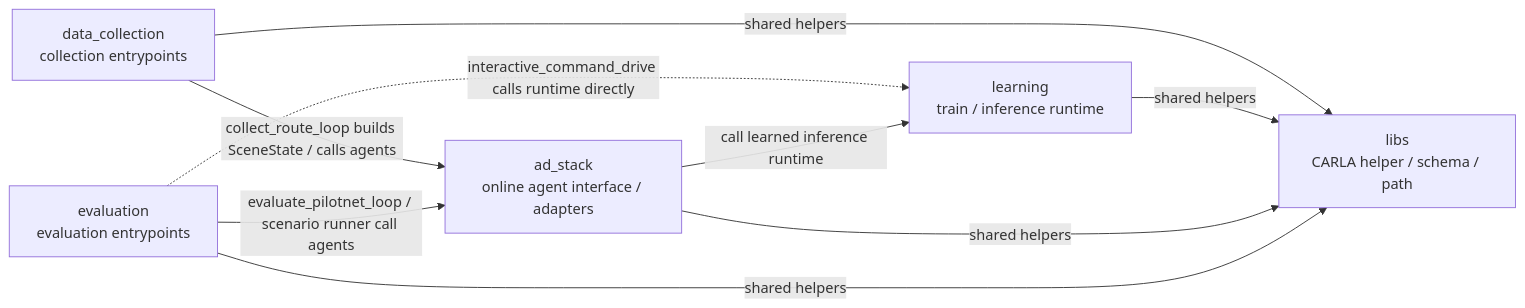
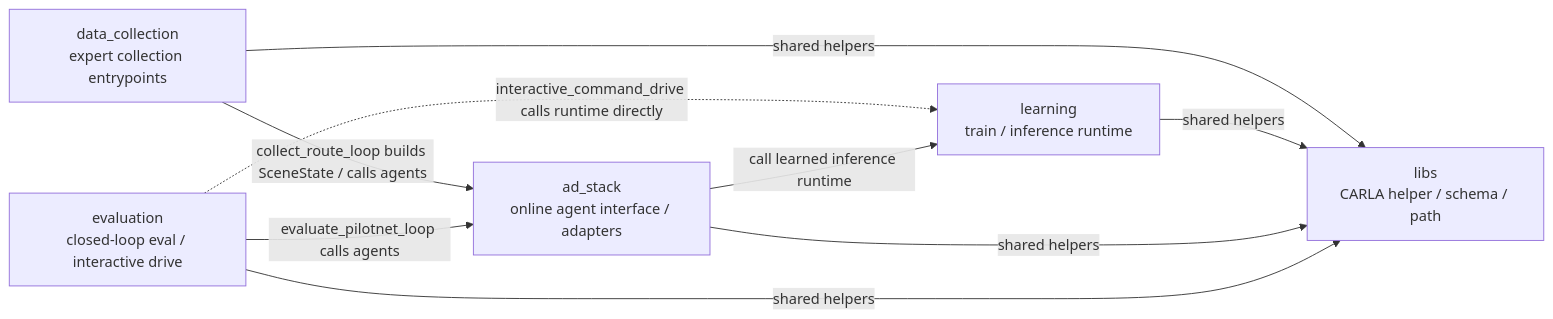
The diagram in docs/DIRECTORY_RELATIONSHIPS.md (masahiro-kubota/carla_alpamayo), drawn with Mermaid before and after one commit. The commit also changed other lines of this file and 241 other files, not shown here.

Commit message:
refactor: minimize collection and evaluation layout

````diff
--- a/docs/DIRECTORY_RELATIONSHIPS.md
+++ b/docs/DIRECTORY_RELATIONSHIPS.md
@@ -12,13 +12,13 @@
 ```mermaid
 flowchart LR
-  data_collection["data_collection<br/>collection entrypoints"] -->|collect_route_loop builds SceneState / calls agents| ad_stack["ad_stack<br/>online agent interface / adapters"]
-  evaluation["evaluation<br/>evaluation entrypoints"] -->|evaluate_pilotnet_loop / scenario runner call agents| ad_stack
+  data_collection["data_collection<br/>expert collection entrypoints"] -->|collect_route_loop builds SceneState / calls agents| ad_stack["ad_stack<br/>online agent interface / adapters"]
+  evaluation["evaluation<br/>closed-loop eval / interactive drive"] -->|evaluate_pilotnet_loop calls agents| ad_stack
   evaluation -.interactive_command_drive calls runtime directly.-> learning["learning<br/>train / inference runtime"]
 
   ad_stack -->|call learned inference runtime| learning
 
   data_collection -->|shared helpers| libs["libs<br/>CARLA helper / schema / path"]
   learning -->|shared helpers| libs
   ad_stack -->|shared helpers| libs
   evaluation -->|shared helpers| libs
 ```
````
